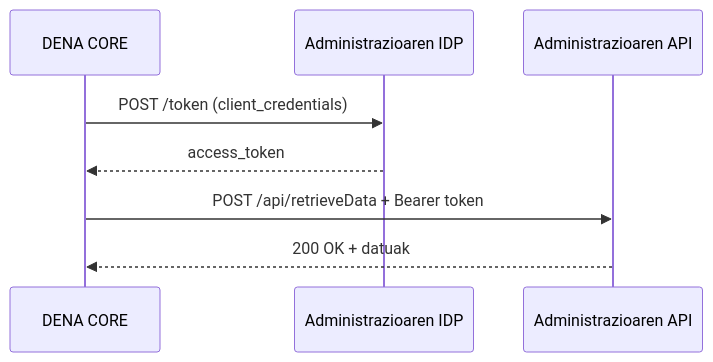
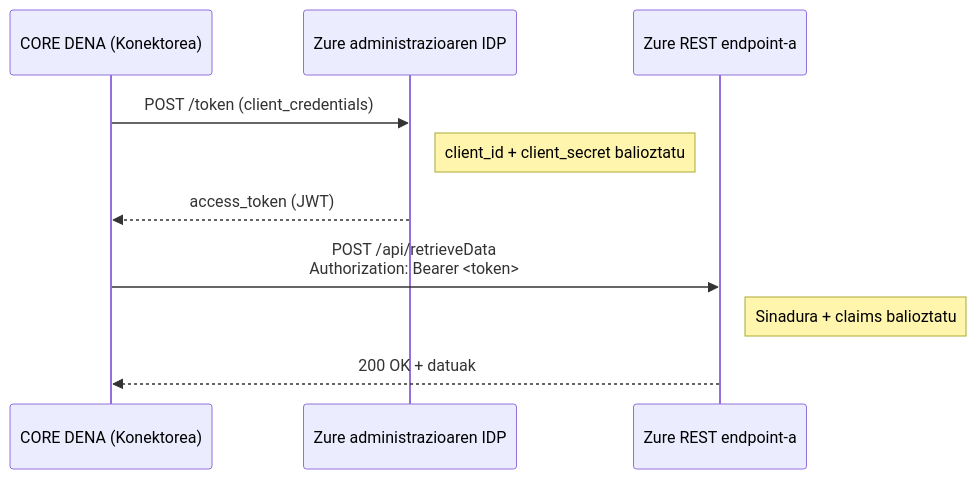
The first of 2 diagrams in docs/autenticacion/core-dena-administracion/index.eu.md (DENA-Euskadi/dena-euskadi.github.io), drawn with Mermaid before and after one commit. The commit also changed other lines of this file and 193 other files, not shown here.

````diff
--- a/docs/autenticacion/core-dena-administracion/index.eu.md
+++ b/docs/autenticacion/core-dena-administracion/index.eu.md
@@ -9,11 +20,13 @@
 ``` mermaid
 sequenceDiagram
-    participant DENA as DENA CORE
-    participant IDP as Administrazioaren IDP
-    participant Admin as Administrazioaren API
+    participant DENA as CORE DENA (Konektorea)
+    participant IDP as Zure administrazioaren IDP
+    participant Admin as Zure REST endpoint-a
 
     DENA->>IDP: POST /token (client_credentials)
-    IDP-->>DENA: access_token
-    DENA->>Admin: POST /api/retrieveData + Bearer token
+    Note right of IDP: client_id + client_secret balioztatu
+    IDP-->>DENA: access_token (JWT)
+    DENA->>Admin: POST /api/retrieveData<br/>Authorization: Bearer <token>
+    Note right of Admin: Sinadura + claims balioztatu
     Admin-->>DENA: 200 OK + datuak
 ```
````
